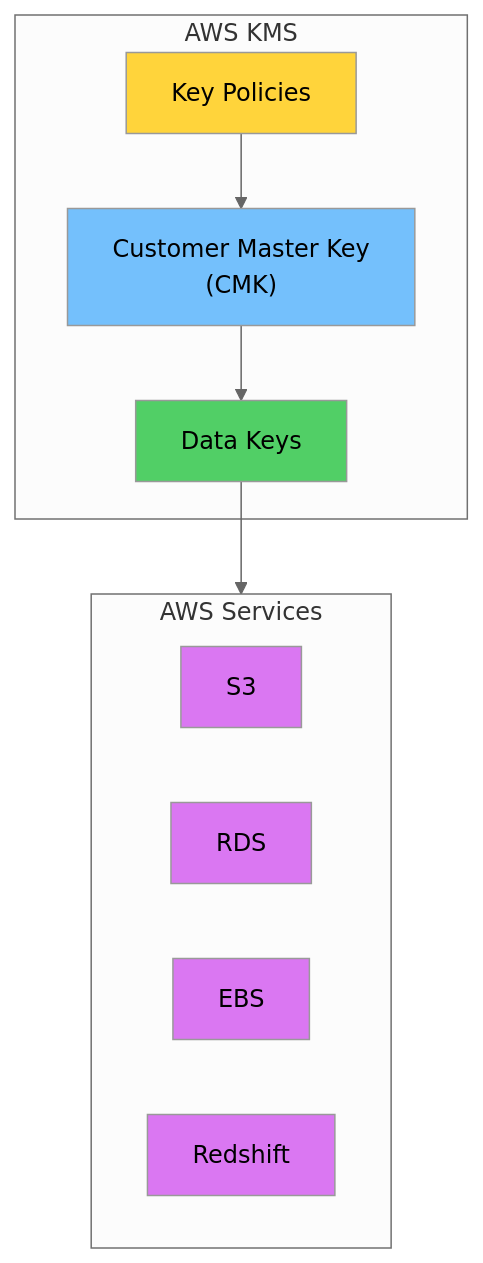
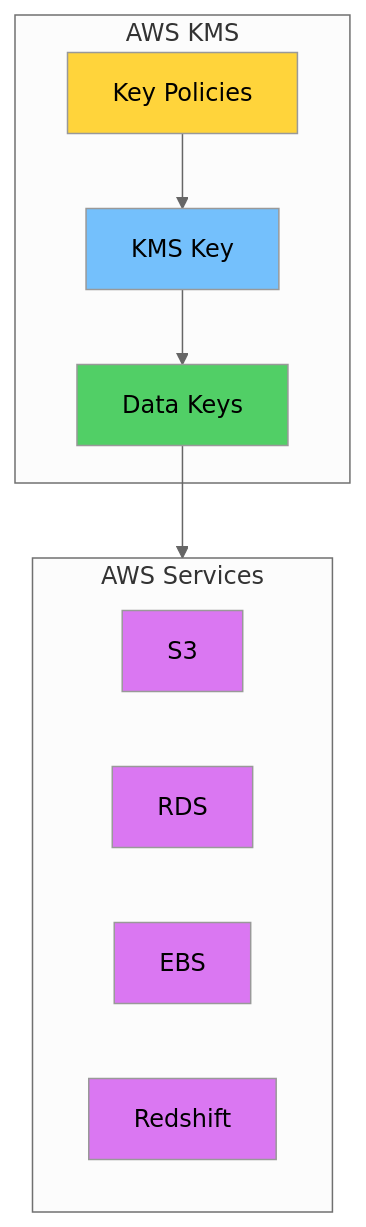
Before and after one commit to ramesavi/oubt: the first of 13 diagrams in day-19/day-19-tutorial.md, drawn with Mermaid. The commit also changed other lines of this file and 8 other files, not shown here.

````diff
--- a/day-19/day-19-tutorial.md
+++ b/day-19/day-19-tutorial.md
@@ -51,28 +51,28 @@
 ```mermaid
 %%{init: {'theme':'neutral'}}%%
 flowchart TB
     subgraph KMS["AWS KMS"]
-        CMK["Customer Master Key<br/>(CMK)"]
+        KMSKey["KMS Key"]
         DK["Data Keys"]
         KP["Key Policies"]
     end
     
     subgraph Services["AWS Services"]
         S3["S3"]
         RDS["RDS"]
         EBS["EBS"]
         Redshift["Redshift"]
     end
     
-    CMK --> DK
-    KP --> CMK
+    KMSKey --> DK
+    KP --> KMSKey
     DK --> Services
     
-    style CMK fill:#74c0fc,color:#000
+    style KMSKey fill:#74c0fc,color:#000
     style DK fill:#51cf66,color:#000
     style KP fill:#ffd43b,color:#000
     style S3 fill:#da77f2,color:#000
     style RDS fill:#da77f2,color:#000
     style EBS fill:#da77f2,color:#000
     style Redshift fill:#da77f2,color:#000
 ```
````
